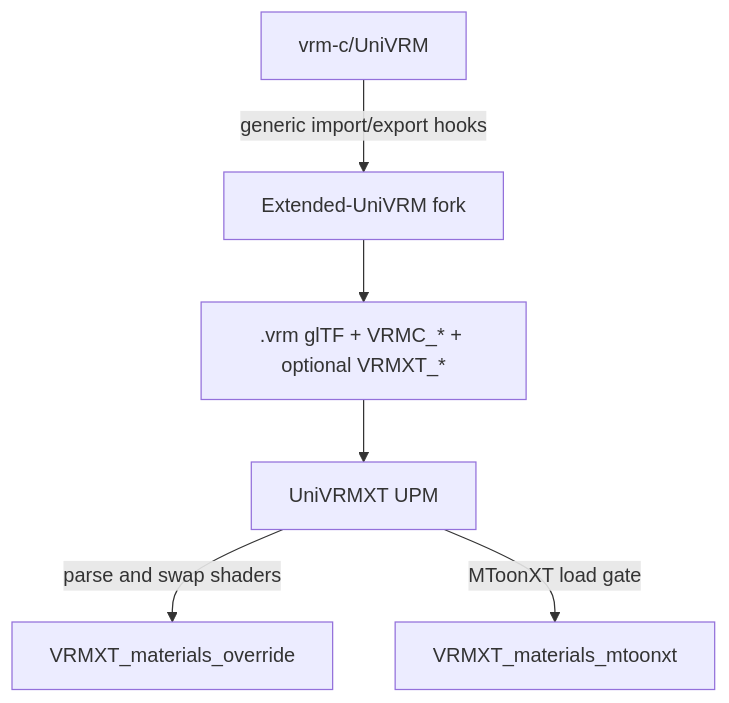
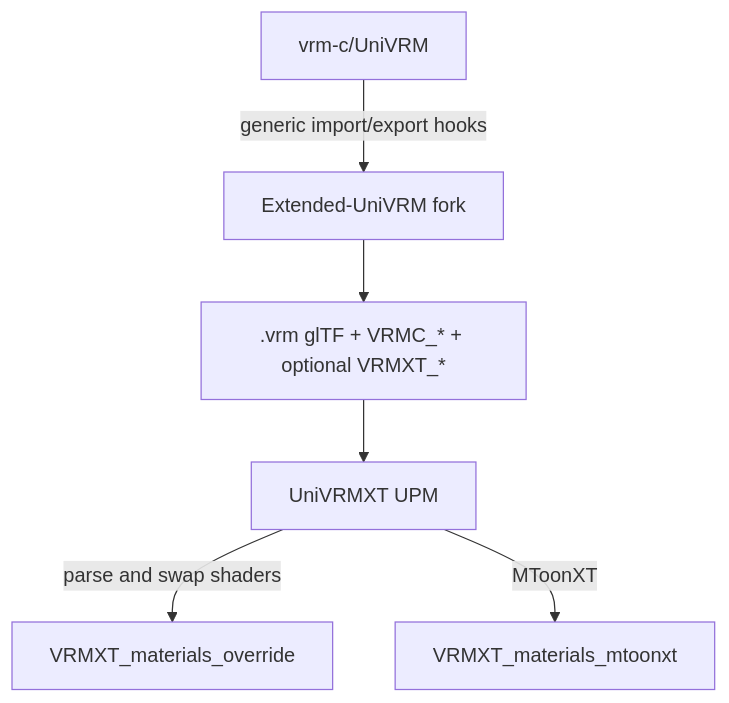
The first of 3 diagrams in implementations/mtoonxt-liltoon-override-warudo.md (miramocha/Extended-VRM-Specs), drawn with Mermaid before and after one commit. The commit also changed other lines of this file and 4 other files, not shown here.

````diff
--- a/implementations/mtoonxt-liltoon-override-warudo.md
+++ b/implementations/mtoonxt-liltoon-override-warudo.md
@@ -30,12 +30,12 @@
 ```mermaid
 flowchart TB
   upstream["vrm-c/UniVRM"]
   fork["Extended-UniVRM fork"]
   pkg["UniVRMXT UPM"]
   file[".vrm glTF + VRMC_* + optional VRMXT_*"]
   upstream -->|"generic import/export hooks"| fork
   fork --> file
   file --> pkg
   pkg -->|"parse and swap shaders"| override["VRMXT_materials_override"]
-  pkg -->|"MToonXT load gate"| mtoonxt["VRMXT_materials_mtoonxt"]
+  pkg -->|"MToonXT"| mtoonxt["VRMXT_materials_mtoonxt"]
 ```
````
